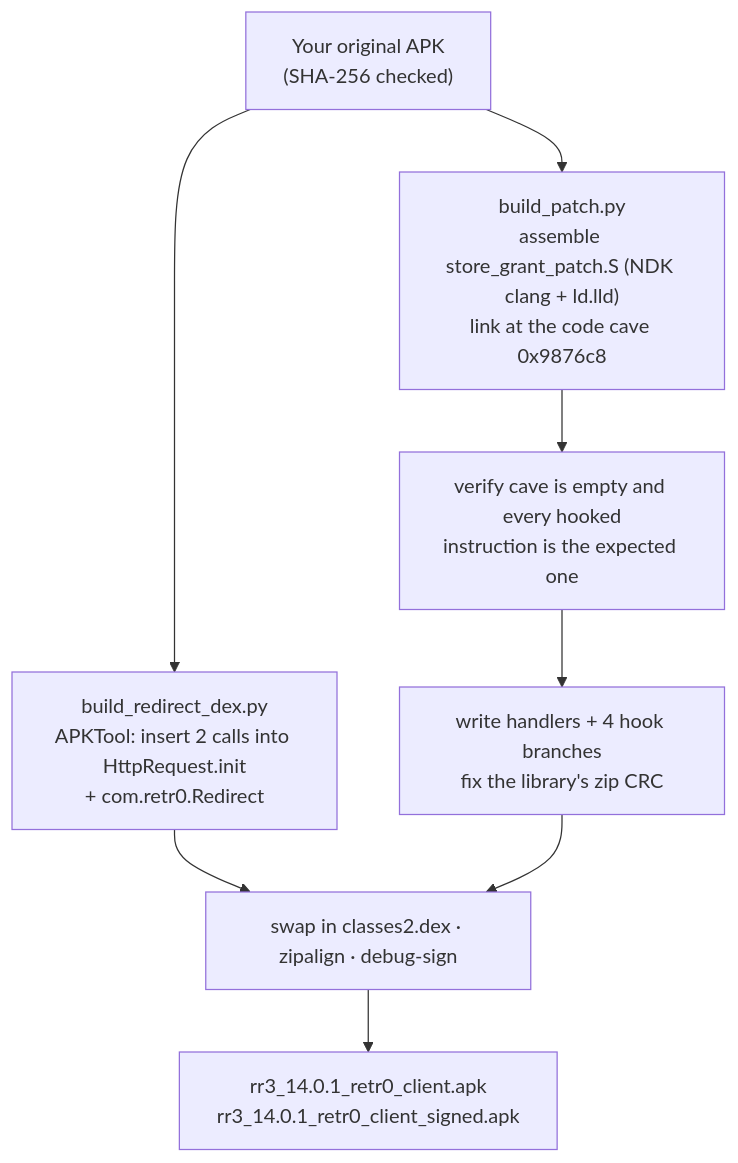
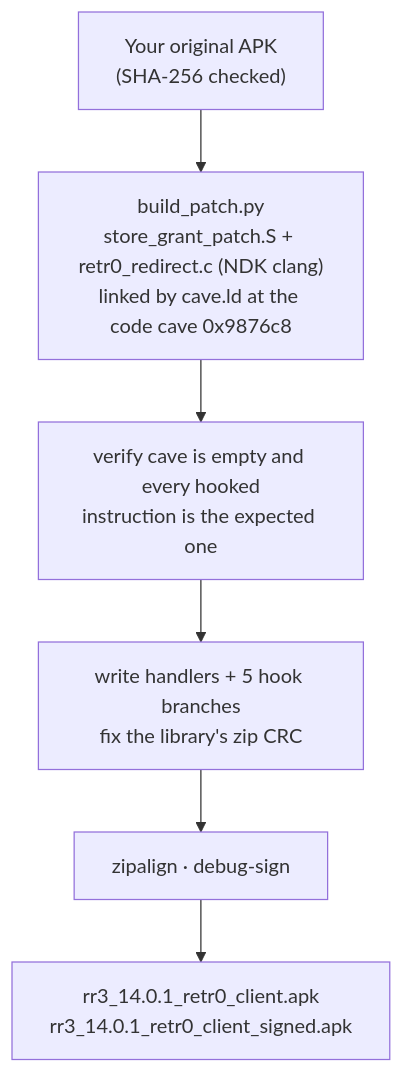
One commit to Tankonline/RETR0-Client changed the diagram in README.md. Above: the diagram before and after it, drawn with Mermaid. The commit also changed other lines of this file and 13 other files, not shown here.

````diff
--- a/README.md
+++ b/README.md
@@ -44,10 +44,8 @@
 ```mermaid
 flowchart TB
-    A["Your original APK<br/>(SHA-256 checked)"] --> B["build_redirect_dex.py<br/>APKTool: insert 2 calls into HttpRequest.init<br/>+ com.retr0.Redirect"]
-    A --> C["build_patch.py<br/>assemble store_grant_patch.S (NDK clang + ld.lld)<br/>link at the code cave 0x9876c8"]
+    A["Your original APK<br/>(SHA-256 checked)"] --> C["build_patch.py<br/>store_grant_patch.S + retr0_redirect.c (NDK clang)<br/>linked by cave.ld at the code cave 0x9876c8"]
     C --> D["verify cave is empty and every hooked<br/>instruction is the expected one"]
-    D --> E["write handlers + 4 hook branches<br/>fix the library's zip CRC"]
-    B --> F["swap in classes2.dex · zipalign · debug-sign"]
-    E --> F
+    D --> E["write handlers + 5 hook branches<br/>fix the library's zip CRC"]
+    E --> F["zipalign · debug-sign"]
     F --> G["rr3_14.0.1_retr0_client.apk<br/>rr3_14.0.1_retr0_client_signed.apk"]
 ```
````
